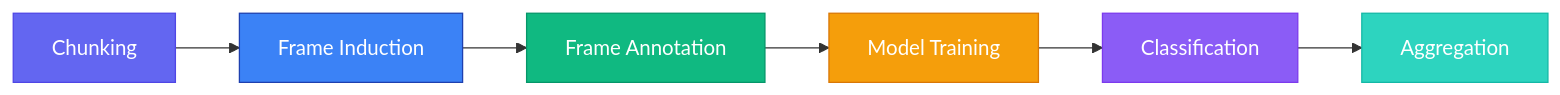
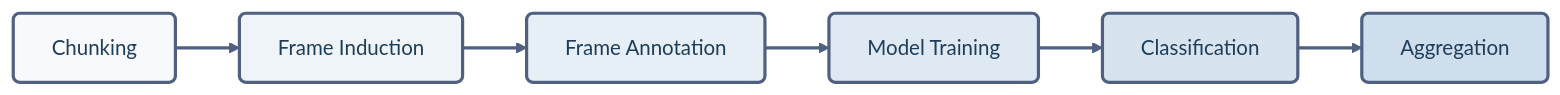
The first of 2 diagrams in docs/posts/narrative_framing.md (hubert-thieriot/effective-advocacy-project), drawn with Mermaid before and after one commit. The commit also changed 1 other file, not shown here.

Commit message:
-diagram updates

````diff
--- a/docs/posts/narrative_framing.md
+++ b/docs/posts/narrative_framing.md
@@ -58,15 +58,18 @@
 ```mermaid
+%%{init: {'theme':'base', 'themeVariables': {'primaryColor':'#e8f1f8','primaryTextColor':'#1E3D58','primaryBorderColor':'#4f6081','lineColor':'#4f6081','secondaryColor':'#d4e3f0','tertiaryColor':'#fff','fontFamily':'Open Sans, Arial, sans-serif'}}}%%
 flowchart LR
     A[Chunking] --> B[Frame Induction]
     B --> C[Frame Annotation]
     C --> D[Model Training]
     D --> E[Classification]
     E --> F[Aggregation]
     
-    style A fill:#6366f1,stroke:#4f46e5,stroke-width:1px,color:#fff
-    style B fill:#3b82f6,stroke:#1e40af,stroke-width:1px,color:#fff
-    style C fill:#10b981,stroke:#059669,stroke-width:1px,color:#fff
-    style D fill:#f59e0b,stroke:#d97706,stroke-width:1px,color:#fff
-    style E fill:#8b5cf6,stroke:#7c3aed,stroke-width:1px,color:#fff
-    style F fill:#2dd4bf,stroke:#14b8a6,stroke-width:1px,color:#fff
+    style A fill:#f7f9fc,stroke:#4f6081,stroke-width:2.5px,color:#1E3D58,rx:5,ry:5
+    style B fill:#eff4f9,stroke:#4f6081,stroke-width:2.5px,color:#1E3D58,rx:5,ry:5
+    style C fill:#e7eff6,stroke:#4f6081,stroke-width:2.5px,color:#1E3D58,rx:5,ry:5
+    style D fill:#dfe9f3,stroke:#4f6081,stroke-width:2.5px,color:#1E3D58,rx:5,ry:5
+    style E fill:#d7e4f0,stroke:#4f6081,stroke-width:2.5px,color:#1E3D58,rx:5,ry:5
+    style F fill:#cfdeed,stroke:#4f6081,stroke-width:2.5px,color:#1E3D58,rx:5,ry:5
+    
+    linkStyle default stroke:#4f6081,stroke-width:2.5px
 ```
````
